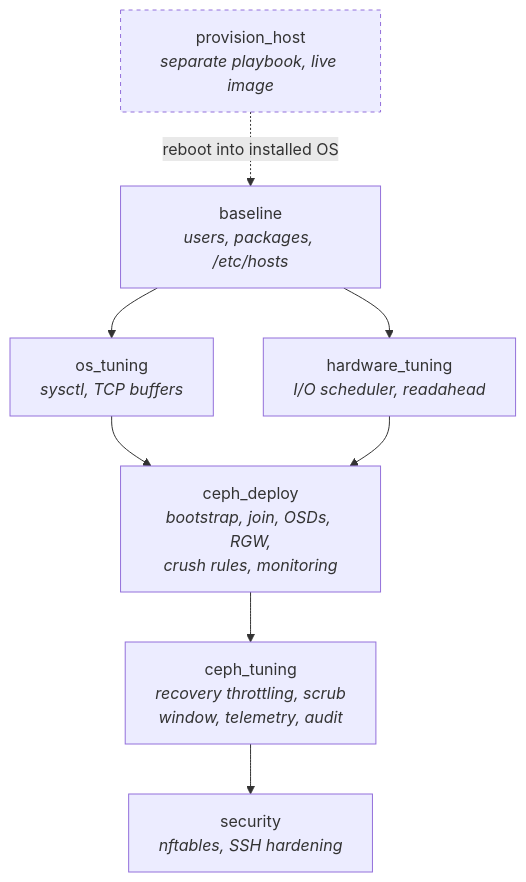
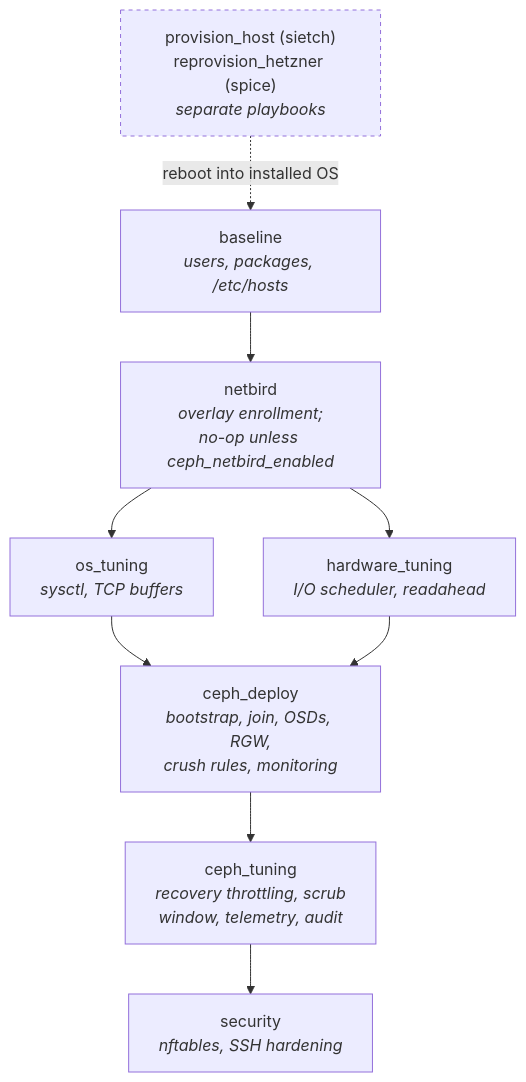
Before and after one commit to immich-app/yucca: the third of 11 diagrams in ansible/ceph/docs/architecture.md, drawn with Mermaid. The commit also changed other lines of this file and 4 other files, not shown here.

Commit message:
docs(ceph): cover spice alongside sietch in the ceph docs

````diff
--- a/ansible/ceph/docs/architecture.md
+++ b/ansible/ceph/docs/architecture.md
@@ -339,21 +407,23 @@
 ```mermaid
 flowchart TB
-    PROV["provision_host<br/><i>separate playbook, live image</i>"]
+    PROV["provision_host (sietch)<br/>reprovision_hetzner (spice)<br/><i>separate playbooks</i>"]
     BASE["baseline<br/><i>users, packages, /etc/hosts</i>"]
+    NB["netbird<br/><i>overlay enrollment;<br/>no-op unless ceph_netbird_enabled</i>"]
     OST["os_tuning<br/><i>sysctl, TCP buffers</i>"]
     HWT["hardware_tuning<br/><i>I/O scheduler, readahead</i>"]
     DEPLOY["ceph_deploy<br/><i>bootstrap, join, OSDs, RGW,<br/>crush rules, monitoring</i>"]
     CTUNE["ceph_tuning<br/><i>recovery throttling, scrub<br/>window, telemetry, audit</i>"]
     SEC["security<br/><i>nftables, SSH hardening</i>"]
 
     PROV -.->|reboot into installed OS| BASE
-    BASE --> OST
-    BASE --> HWT
+    BASE --> NB
+    NB --> OST
+    NB --> HWT
     OST --> DEPLOY
     HWT --> DEPLOY
     DEPLOY --> CTUNE
     CTUNE --> SEC
 
     classDef separate stroke-dasharray: 4 4
     class PROV separate
 ```
````
